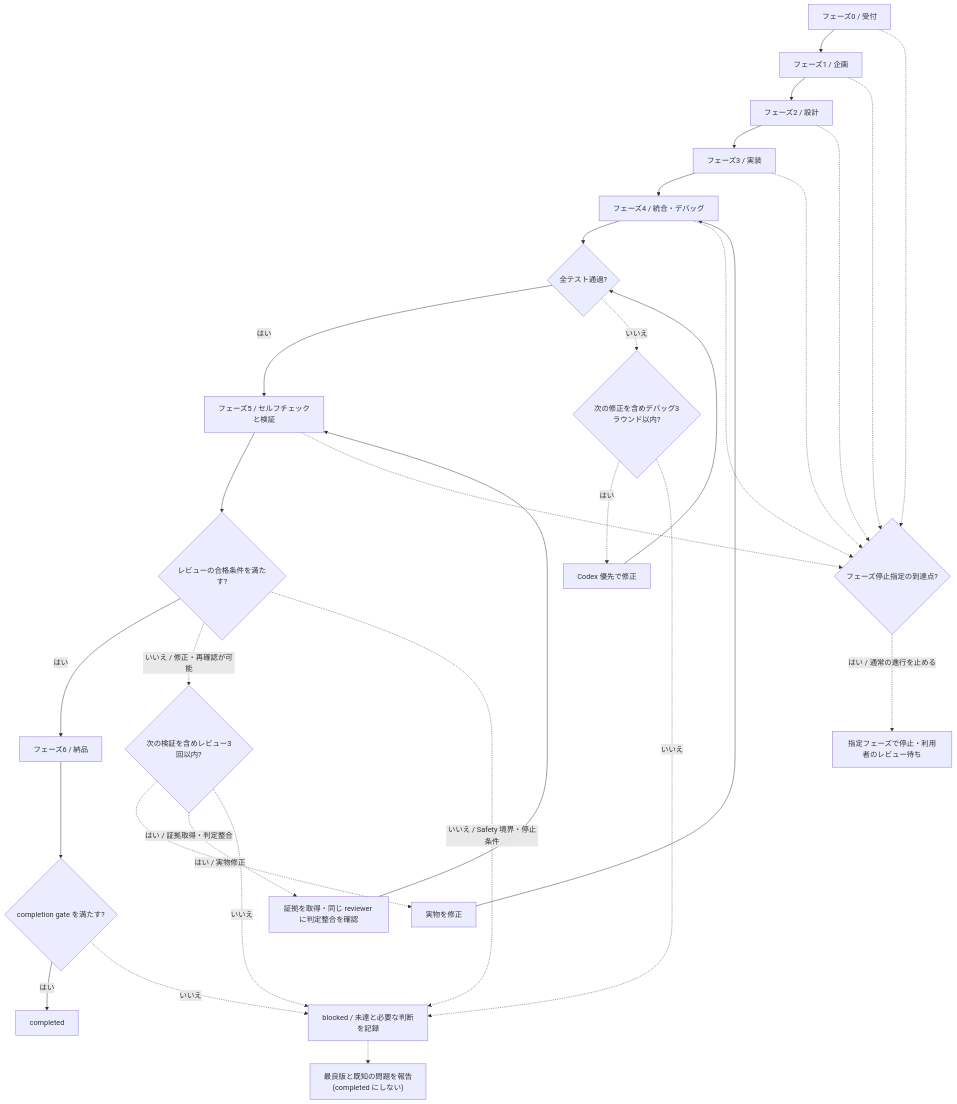
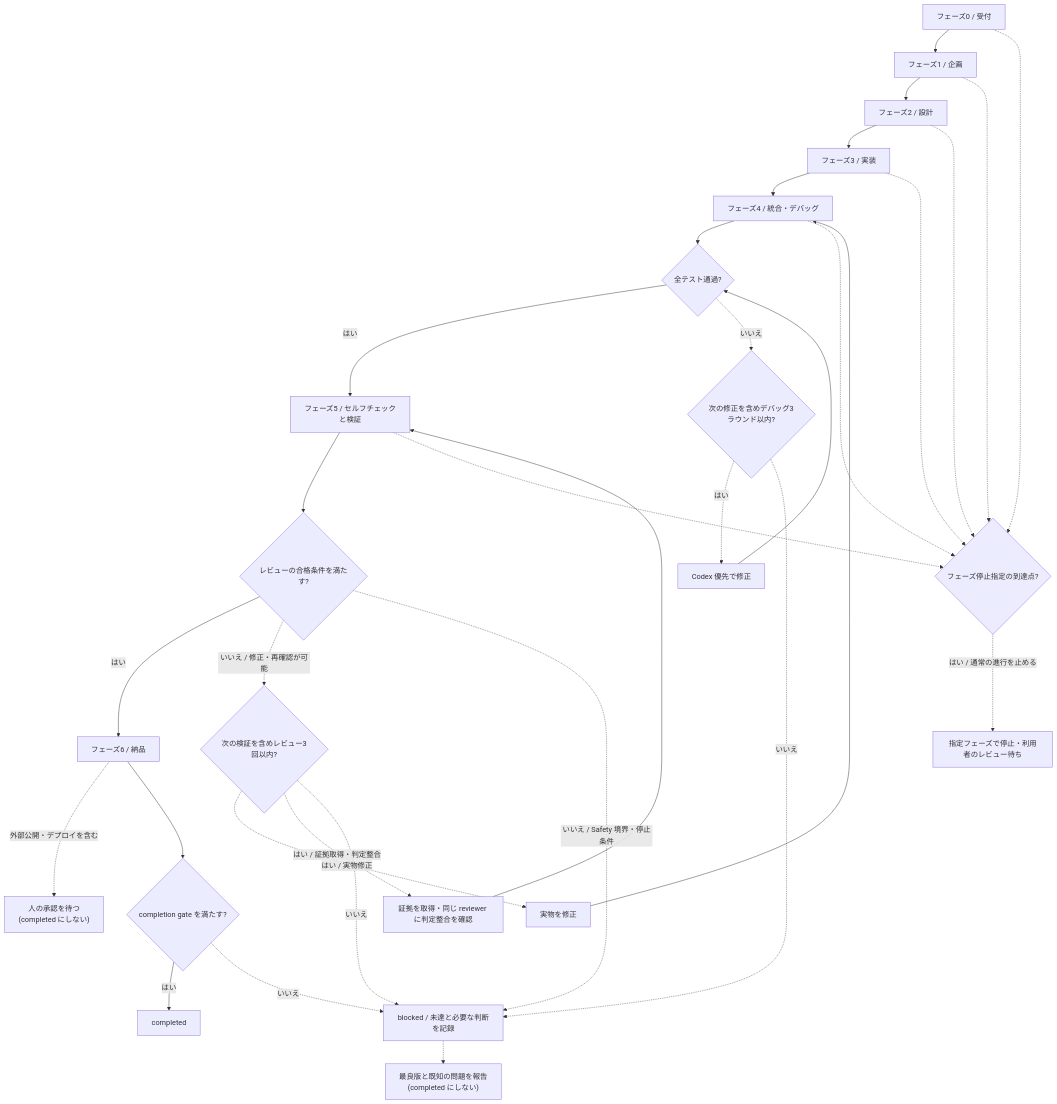
One commit to satellite1105/dev-factory-showcase changed the first of 2 diagrams in docs/development-flow.md. Above: the diagram before and after it, drawn with Mermaid. The commit also changed other lines of this file and 12 other files, not shown here.

````diff
--- a/docs/development-flow.md
+++ b/docs/development-flow.md
@@ -11,33 +11,34 @@
 ```mermaid
 flowchart TD
     F0["フェーズ0 / 受付"] --> F1["フェーズ1 / 企画"]
     F1 --> F2["フェーズ2 / 設計"]
     F2 --> F3["フェーズ3 / 実装"]
     F3 --> F4["フェーズ4 / 統合・デバッグ"]
     F4 --> TEST{"全テスト通過?"}
     TEST -->|"はい"| F5["フェーズ5 / セルフチェックと検証"]
     TEST -.->|"いいえ"| DEBUGLIMIT{"次の修正を含めデバッグ3ラウンド以内?"}
     DEBUGLIMIT -.->|"はい"| DEBUG["Codex 優先で修正"]
     DEBUG --> TEST
     DEBUGLIMIT -.->|"いいえ"| BLOCKED["blocked / 未達と必要な判断を記録"]
     F5 --> PASS{"レビューの合格条件を満たす?"}
     PASS -->|"はい"| F6["フェーズ6 / 納品"]
     PASS -.->|"いいえ / 修正・再確認が可能"| REVIEWLIMIT{"次の検証を含めレビュー3回以内?"}
     REVIEWLIMIT -.->|"はい / 実物修正"| FIX["実物を修正"]
     FIX --> F4
     REVIEWLIMIT -.->|"はい / 証拠取得・判定整合"| EVIDENCE["証拠を取得・同じ reviewer に判定整合を確認"]
     EVIDENCE --> F5
     PASS -.->|"いいえ / Safety 境界・停止条件"| BLOCKED
     REVIEWLIMIT -.->|"いいえ"| BLOCKED
     BLOCKED -.-> REPORT["最良版と既知の問題を報告<br/>(completed にしない)"]
+    F6 -.->|"外部公開・デプロイを含む"| APPROVAL["人の承認を待つ<br/>(completed にしない)"]
     F6 --> GATE{"completion gate を満たす?"}
     GATE -->|"はい"| COMPLETED["completed"]
     GATE -.->|"いいえ"| BLOCKED
     F0 -.-> STOPCHECK{"フェーズ停止指定の到達点?"}
     F1 -.-> STOPCHECK
     F2 -.-> STOPCHECK
     F3 -.-> STOPCHECK
     F4 -.-> STOPCHECK
     F5 -.-> STOPCHECK
     STOPCHECK -.->|"はい / 通常の進行を止める"| STOP["指定フェーズで停止・利用者のレビュー待ち"]
 ```
````
